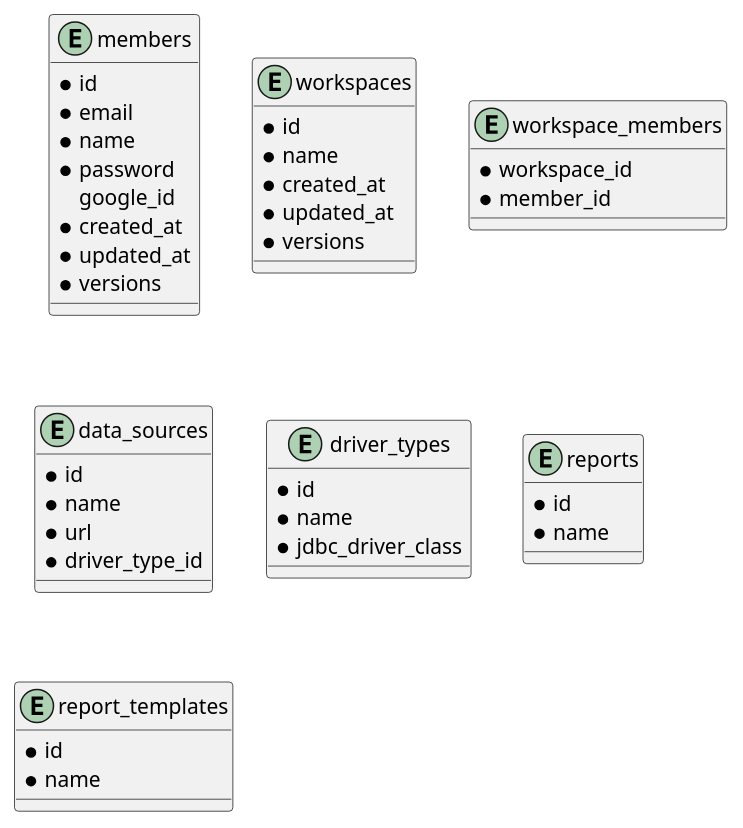
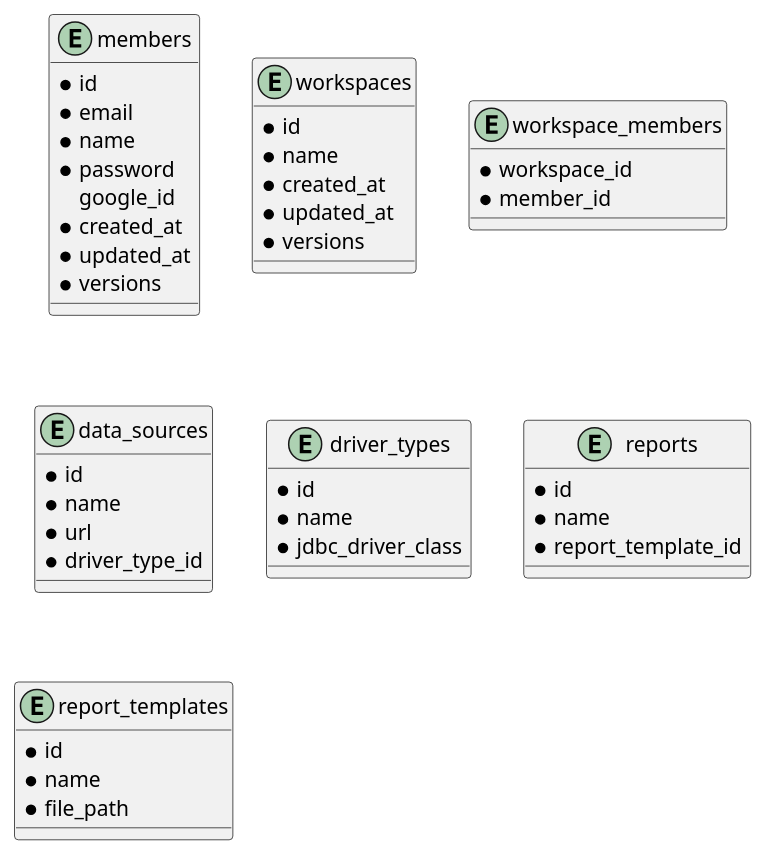
Before and after one commit to ijufumi/openreports-api: the diagram in docs/db/diagram.puml, drawn with PlantUML.

Commit message:
[WIP] add reports table

```diff
--- a/docs/db/diagram.puml
+++ b/docs/db/diagram.puml
@@ -1,52 +1,52 @@
 @startuml
 
 entity members {
   * id
   * email
   * name
   * password
     google_id
   * created_at
   * updated_at
   * versions
 }
 
 entity workspaces {
   * id
   * name
   * created_at
   * updated_at
   * versions
 }
 
 entity workspace_members {
   * workspace_id
   * member_id
 }
 
 entity data_sources {
   * id
   * name
   * url
   * driver_type_id
 }
 
 entity driver_types {
   * id
   * name
   * jdbc_driver_class
 }
 
 entity reports {
   * id
   * name
-
+  * report_template_id
 }
 
 entity report_templates {
   * id
   * name
-
+  * file_path
 }
 
 @enduml
```
